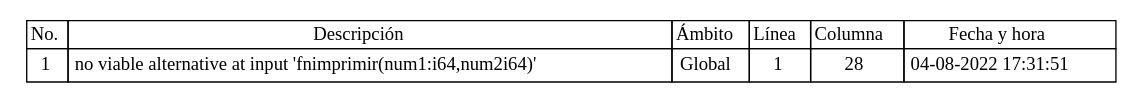
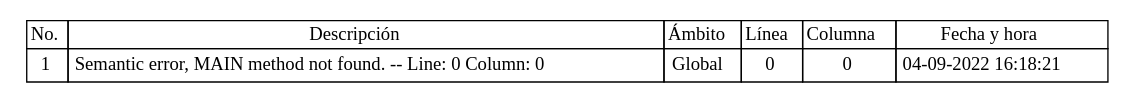
The diagram in Back/Web/tablas/tablaErrores.dot (Jodyannre/COMPI2_proyecto2_2022), drawn with Graphviz before and after one commit. The commit also changed 10 other files, not shown here.

```diff
--- a/Back/Web/tablas/tablaErrores.dot
+++ b/Back/Web/tablas/tablaErrores.dot
@@ -1,36 +1,36 @@
 
 	digraph {
 		tablaSimbolos [
 		  shape=plaintext
 		  label=<
 			<table border='0' cellborder='1' color='black' cellspacing='0'>
 			  <tr>
 				  <td>No.</td>
 				  <td>Descripción</td>
 				  <td>Ámbito</td>
 				  <td>Línea</td>
 				  <td>Columna</td>
 				  <td>Fecha y hora</td>
 			  </tr>
 	
 <tr>
 <td cellpadding='4'>
 1
 </td>
-<td cellpadding='4'>no viable alternative at input 'fnimprimir(num1:i64,num2i64)'
+<td cellpadding='4'>Semantic error, MAIN method not found. -- Line: 0 Column: 0
 </td>
 <td cellpadding='4'>Global
 </td>
-<td cellpadding='4'>1
+<td cellpadding='4'>0
 </td>
 <td cellpadding='4'>
-28
+0
 </td>
 <td cellpadding='4'>
-04-08-2022 17:31:51
+04-09-2022 16:18:21
 </td>
 </tr>
 
 		</table>
 		>];
 	}
```
